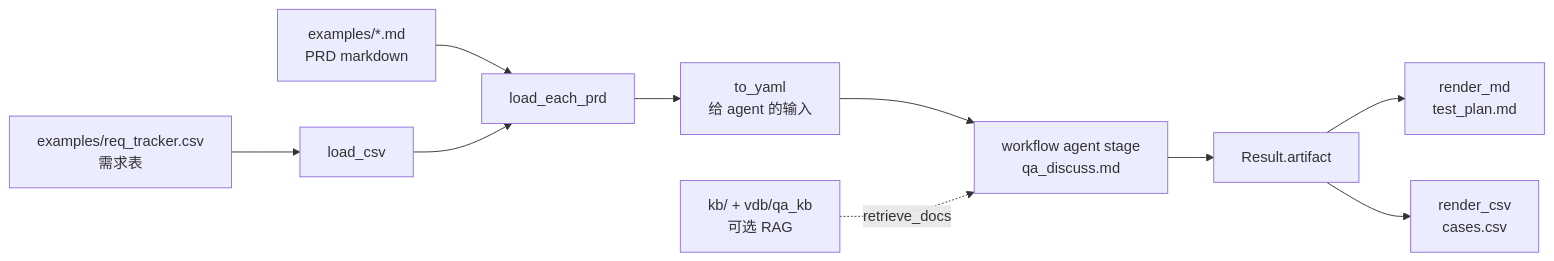
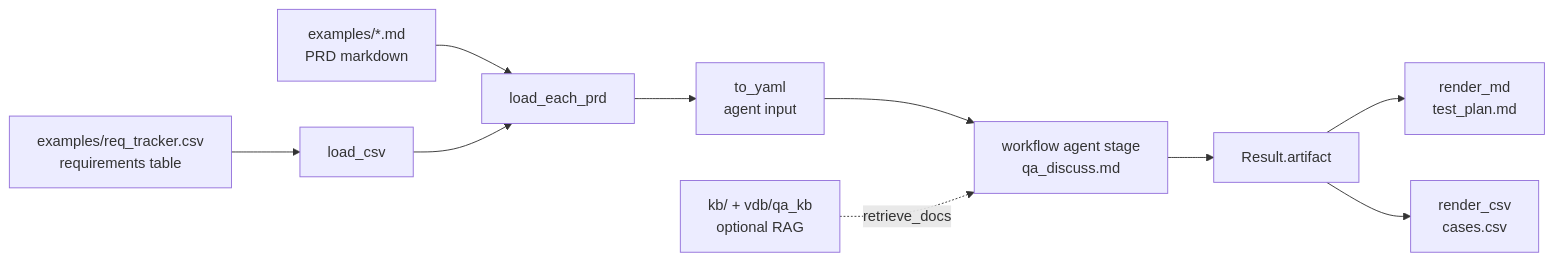
The diagram in play/qa_assets/README.md (AndyUneducated/alchemy), drawn with Mermaid before and after one commit. The commit also changed other lines of this file and 197 other files, not shown here.

````diff
--- a/play/qa_assets/README.md
+++ b/play/qa_assets/README.md
@@ -9,11 +9,11 @@
 ```mermaid
 flowchart LR
-    csv["examples/req_tracker.csv<br/>需求表"] --> load["load_csv"]
+    csv["examples/req_tracker.csv<br/>requirements table"] --> load["load_csv"]
     prd["examples/*.md<br/>PRD markdown"] --> prdload["load_each_prd"]
-    load --> prdload --> yaml["to_yaml<br/>给 agent 的输入"]
+    load --> prdload --> yaml["to_yaml<br/>agent input"]
     yaml --> discuss["workflow agent stage<br/>qa_discuss.md"]
-    kb["kb/ + vdb/qa_kb<br/>可选 RAG"] -.->|retrieve_docs| discuss
+    kb["kb/ + vdb/qa_kb<br/>optional RAG"] -.->|retrieve_docs| discuss
     discuss --> artifact["Result.artifact"]
     artifact --> md["render_md<br/>test_plan.md"]
     artifact --> cases["render_csv<br/>cases.csv"]
 ```
````
